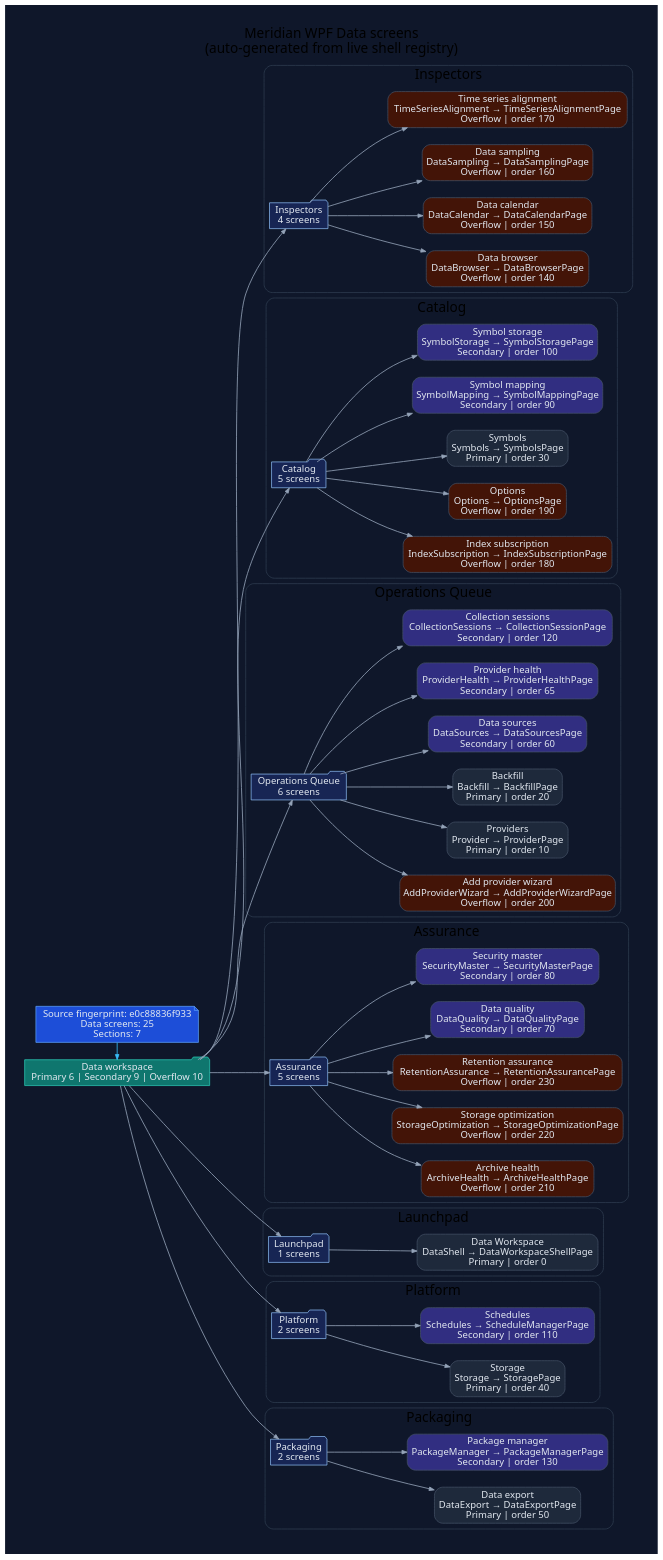
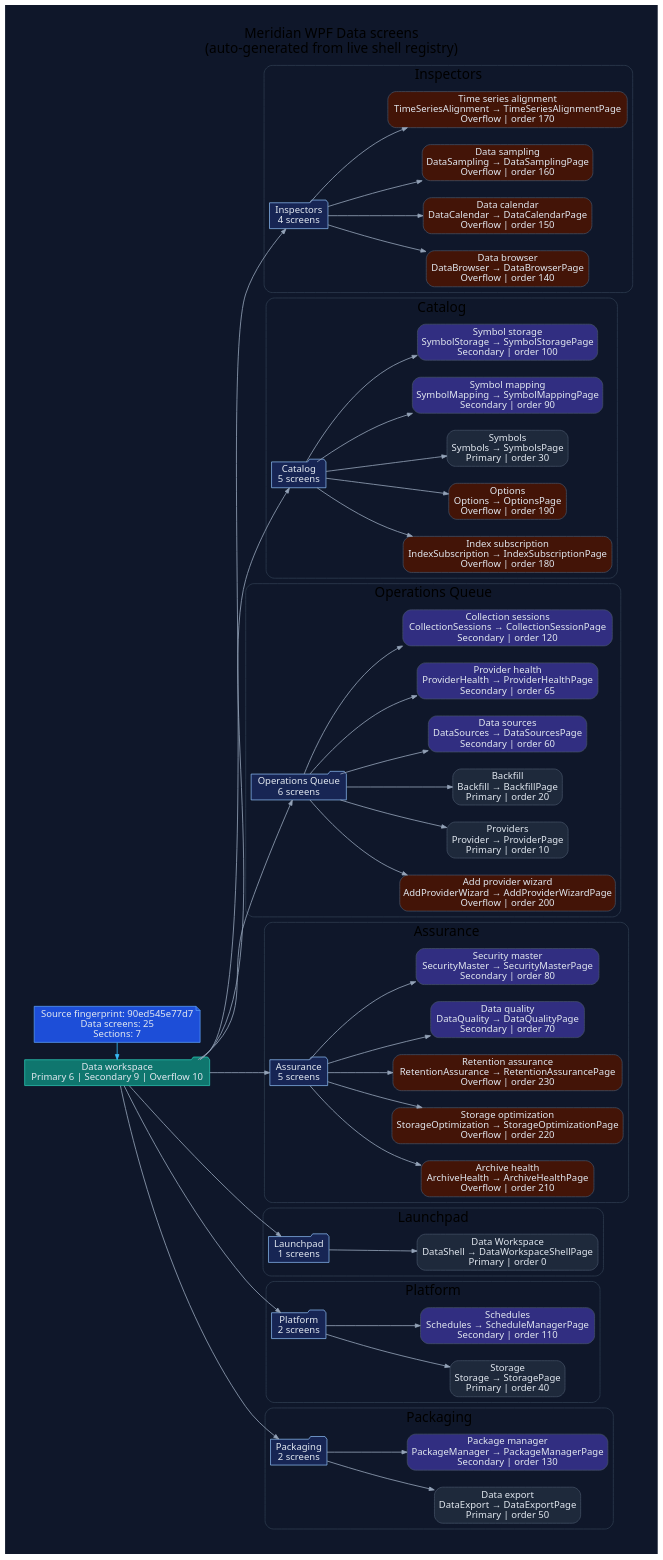
One commit to rodoHasArrived/Meridian-main changed the diagram in docs/diagrams/ui-wpf-screens-data.dot. Above: the diagram before and after it, drawn with Graphviz. The commit also changed 73 other files, not shown here.

```diff
--- a/docs/diagrams/ui-wpf-screens-data.dot
+++ b/docs/diagrams/ui-wpf-screens-data.dot
@@ -1,132 +1,132 @@
 // -----------------------------------------------------------------------------
 // <auto-generated>
 // Generated by scripts/generate-diagrams.mjs.
 // Do not edit this file directly; update the WPF source files instead.
 // -----------------------------------------------------------------------------
 digraph WpfDataScreens {
   graph [
     rankdir=LR,
     labelloc=t,
     label="Meridian WPF Data screens\n(auto-generated from live shell registry)",
     fontname="Segoe UI",
     fontsize=20,
     pad=0.4,
     nodesep=0.35,
     ranksep=0.85,
     bgcolor="#0f172a"
   ];
   node [fontname="Segoe UI", shape=box, style="rounded,filled", color="#475569", fontcolor="#e2e8f0", fillcolor="#1e293b"];
   edge [fontname="Segoe UI", color="#94a3b8", penwidth=1.2, arrowsize=0.75];
 
-  generated [shape=note, fillcolor="#1d4ed8", color="#60a5fa", label="Source fingerprint: e0c88836f933\nData screens: 25\nSections: 7"];
+  generated [shape=note, fillcolor="#1d4ed8", color="#60a5fa", label="Source fingerprint: 90ed545e77d7\nData screens: 25\nSections: 7"];
   workspace [shape=folder, fillcolor="#0f766e", color="#2dd4bf", label="Data workspace\nPrimary 6 | Secondary 9 | Overflow 10"];
   generated -> workspace [color="#38bdf8"];
 
   subgraph cluster_section_1 {
     label="Inspectors";
     color="#334155";
     style="rounded";
     section_1 [shape=folder, fillcolor="#172554", color="#93c5fd", label="Inspectors\n4 screens"];
     workspace -> section_1;
     screen_DataBrowser [fillcolor="#431407", label="Data browser\nDataBrowser → DataBrowserPage\nOverflow | order 140"];
     section_1 -> screen_DataBrowser;
     screen_DataCalendar [fillcolor="#431407", label="Data calendar\nDataCalendar → DataCalendarPage\nOverflow | order 150"];
     section_1 -> screen_DataCalendar;
     screen_DataSampling [fillcolor="#431407", label="Data sampling\nDataSampling → DataSamplingPage\nOverflow | order 160"];
     section_1 -> screen_DataSampling;
     screen_TimeSeriesAlignment [fillcolor="#431407", label="Time series alignment\nTimeSeriesAlignment → TimeSeriesAlignmentPage\nOverflow | order 170"];
     section_1 -> screen_TimeSeriesAlignment;
   }
 
   subgraph cluster_section_2 {
     label="Catalog";
     color="#334155";
     style="rounded";
     section_2 [shape=folder, fillcolor="#172554", color="#93c5fd", label="Catalog\n5 screens"];
     workspace -> section_2;
     screen_IndexSubscription [fillcolor="#431407", label="Index subscription\nIndexSubscription → IndexSubscriptionPage\nOverflow | order 180"];
     section_2 -> screen_IndexSubscription;
     screen_Options [fillcolor="#431407", label="Options\nOptions → OptionsPage\nOverflow | order 190"];
     section_2 -> screen_Options;
     screen_Symbols [fillcolor="#1e293b", label="Symbols\nSymbols → SymbolsPage\nPrimary | order 30"];
     section_2 -> screen_Symbols;
     screen_SymbolMapping [fillcolor="#312e81", label="Symbol mapping\nSymbolMapping → SymbolMappingPage\nSecondary | order 90"];
     section_2 -> screen_SymbolMapping;
     screen_SymbolStorage [fillcolor="#312e81", label="Symbol storage\nSymbolStorage → SymbolStoragePage\nSecondary | order 100"];
     section_2 -> screen_SymbolStorage;
   }
 
   subgraph cluster_section_3 {
     label="Operations Queue";
     color="#334155";
     style="rounded";
     section_3 [shape=folder, fillcolor="#172554", color="#93c5fd", label="Operations Queue\n6 screens"];
     workspace -> section_3;
     screen_AddProviderWizard [fillcolor="#431407", label="Add provider wizard\nAddProviderWizard → AddProviderWizardPage\nOverflow | order 200"];
     section_3 -> screen_AddProviderWizard;
     screen_Provider [fillcolor="#1e293b", label="Providers\nProvider → ProviderPage\nPrimary | order 10"];
     section_3 -> screen_Provider;
     screen_Backfill [fillcolor="#1e293b", label="Backfill\nBackfill → BackfillPage\nPrimary | order 20"];
     section_3 -> screen_Backfill;
     screen_DataSources [fillcolor="#312e81", label="Data sources\nDataSources → DataSourcesPage\nSecondary | order 60"];
     section_3 -> screen_DataSources;
     screen_ProviderHealth [fillcolor="#312e81", label="Provider health\nProviderHealth → ProviderHealthPage\nSecondary | order 65"];
     section_3 -> screen_ProviderHealth;
     screen_CollectionSessions [fillcolor="#312e81", label="Collection sessions\nCollectionSessions → CollectionSessionPage\nSecondary | order 120"];
     section_3 -> screen_CollectionSessions;
   }
 
   subgraph cluster_section_4 {
     label="Assurance";
     color="#334155";
     style="rounded";
     section_4 [shape=folder, fillcolor="#172554", color="#93c5fd", label="Assurance\n5 screens"];
     workspace -> section_4;
     screen_ArchiveHealth [fillcolor="#431407", label="Archive health\nArchiveHealth → ArchiveHealthPage\nOverflow | order 210"];
     section_4 -> screen_ArchiveHealth;
     screen_StorageOptimization [fillcolor="#431407", label="Storage optimization\nStorageOptimization → StorageOptimizationPage\nOverflow | order 220"];
     section_4 -> screen_StorageOptimization;
     screen_RetentionAssurance [fillcolor="#431407", label="Retention assurance\nRetentionAssurance → RetentionAssurancePage\nOverflow | order 230"];
     section_4 -> screen_RetentionAssurance;
     screen_DataQuality [fillcolor="#312e81", label="Data quality\nDataQuality → DataQualityPage\nSecondary | order 70"];
     section_4 -> screen_DataQuality;
     screen_SecurityMaster [fillcolor="#312e81", label="Security master\nSecurityMaster → SecurityMasterPage\nSecondary | order 80"];
     section_4 -> screen_SecurityMaster;
   }
 
   subgraph cluster_section_5 {
     label="Launchpad";
     color="#334155";
     style="rounded";
     section_5 [shape=folder, fillcolor="#172554", color="#93c5fd", label="Launchpad\n1 screens"];
     workspace -> section_5;
     screen_DataShell [fillcolor="#1e293b", label="Data Workspace\nDataShell → DataWorkspaceShellPage\nPrimary | order 0"];
     section_5 -> screen_DataShell;
   }
 
   subgraph cluster_section_6 {
     label="Platform";
     color="#334155";
     style="rounded";
     section_6 [shape=folder, fillcolor="#172554", color="#93c5fd", label="Platform\n2 screens"];
     workspace -> section_6;
     screen_Storage [fillcolor="#1e293b", label="Storage\nStorage → StoragePage\nPrimary | order 40"];
     section_6 -> screen_Storage;
     screen_Schedules [fillcolor="#312e81", label="Schedules\nSchedules → ScheduleManagerPage\nSecondary | order 110"];
     section_6 -> screen_Schedules;
   }
 
   subgraph cluster_section_7 {
     label="Packaging";
     color="#334155";
     style="rounded";
     section_7 [shape=folder, fillcolor="#172554", color="#93c5fd", label="Packaging\n2 screens"];
     workspace -> section_7;
     screen_DataExport [fillcolor="#1e293b", label="Data export\nDataExport → DataExportPage\nPrimary | order 50"];
     section_7 -> screen_DataExport;
     screen_PackageManager [fillcolor="#312e81", label="Package manager\nPackageManager → PackageManagerPage\nSecondary | order 130"];
     section_7 -> screen_PackageManager;
   }
 
   { rank=min; generated; workspace; }
 }
```
